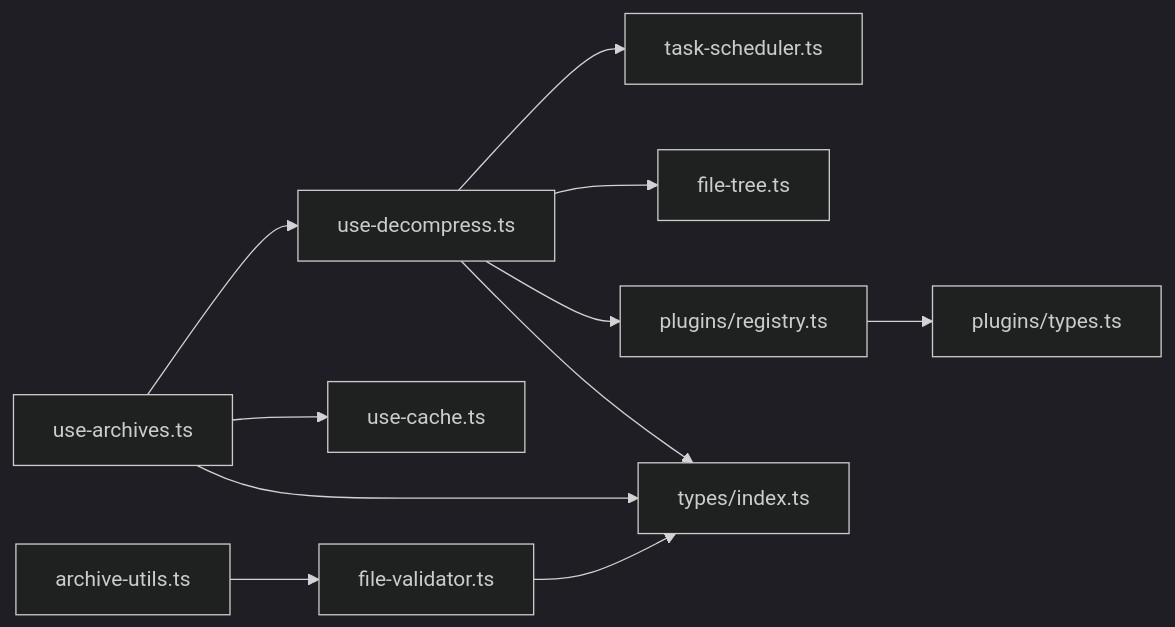
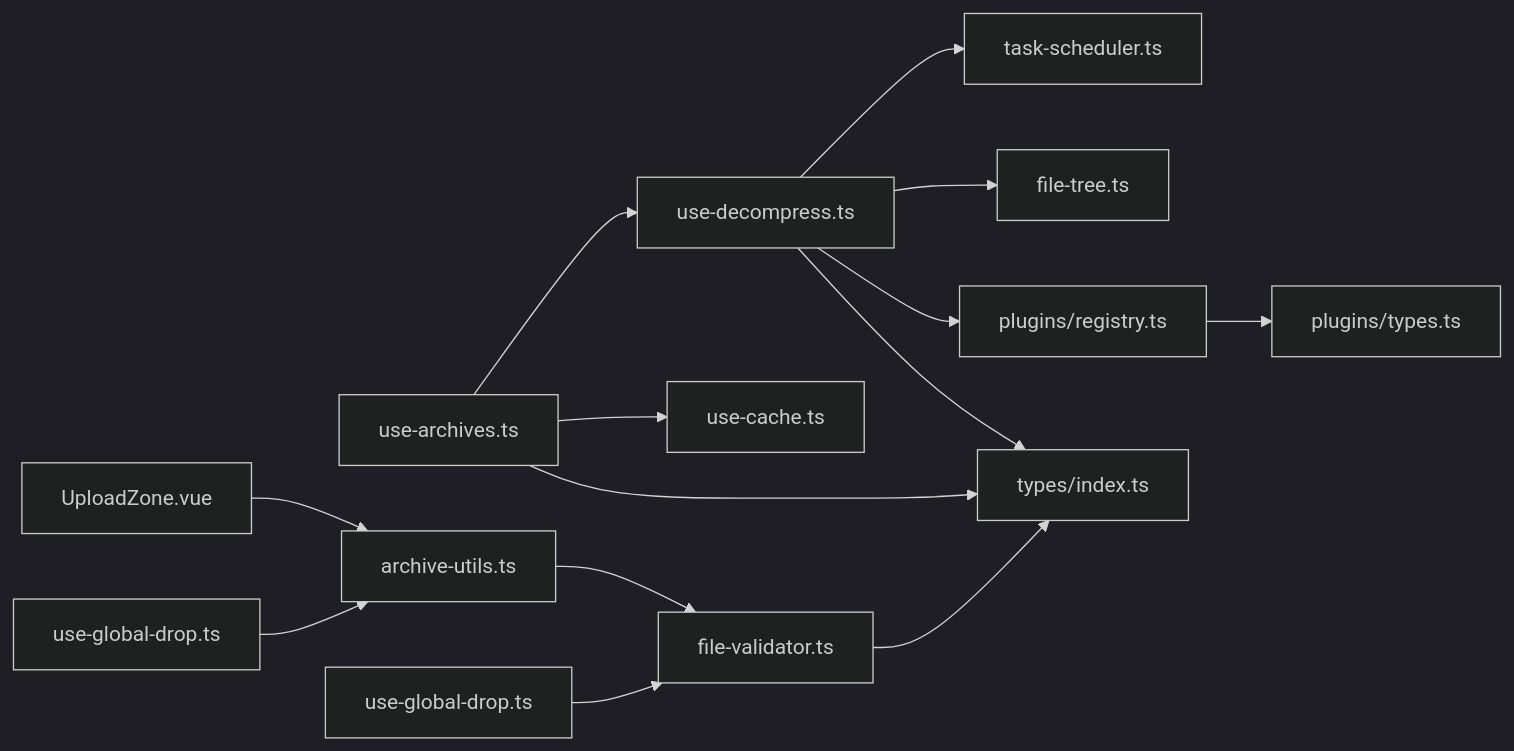
One commit to taoweidong/Hello-Tauri changed diagram 13 of 13 in .qoder/repowiki/zh/content/核心模块/归档工具函数.md. Above: the diagram before and after it, drawn with Mermaid (dark theme). The commit also changed other lines of this file and 67 other files, not shown here.

````diff
--- a/.qoder/repowiki/zh/content/核心模块/归档工具函数.md
+++ b/.qoder/repowiki/zh/content/核心模块/归档工具函数.md
@@ -413,13 +478,16 @@
 ```mermaid
 graph LR
 A["use-archives.ts"] --> B["use-decompress.ts"]
 A --> C["use-cache.ts"]
 A --> D["types/index.ts"]
 B --> E["task-scheduler.ts"]
 B --> F["file-tree.ts"]
 B --> G["plugins/registry.ts"]
 B --> D
 H["archive-utils.ts"] --> I["file-validator.ts"]
 I --> D
 G --> J["plugins/types.ts"]
+K["UploadZone.vue"] --> H
+L["use-global-drop.ts"] --> H
+M["use-global-drop.ts"] --> I
 ```
````
